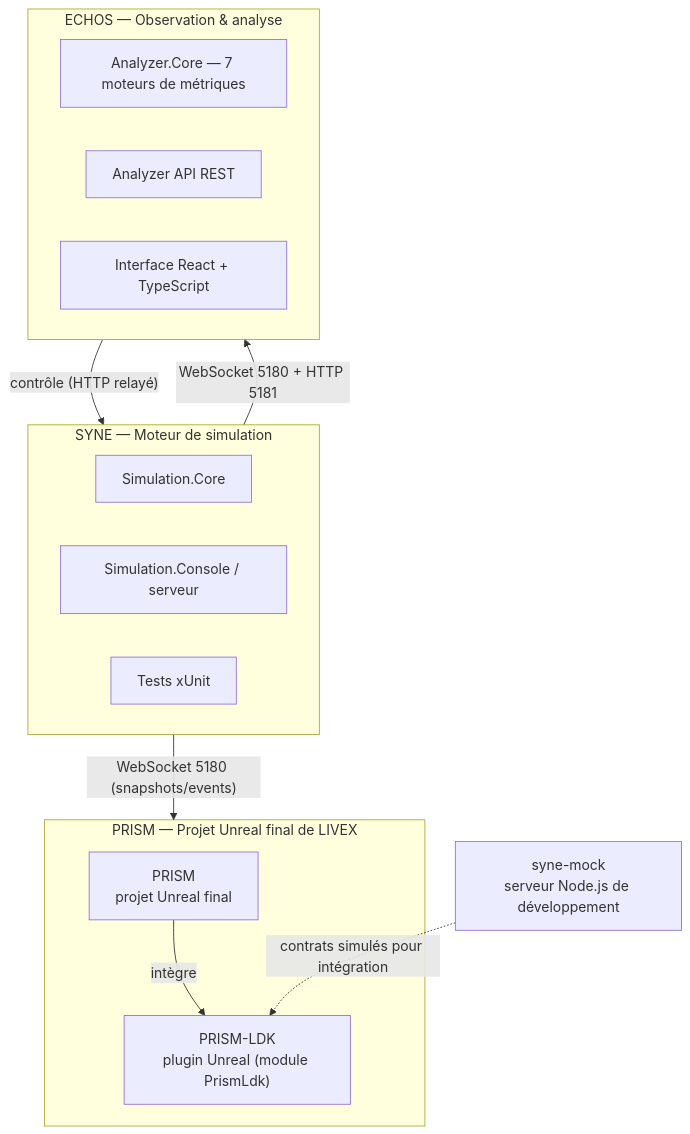
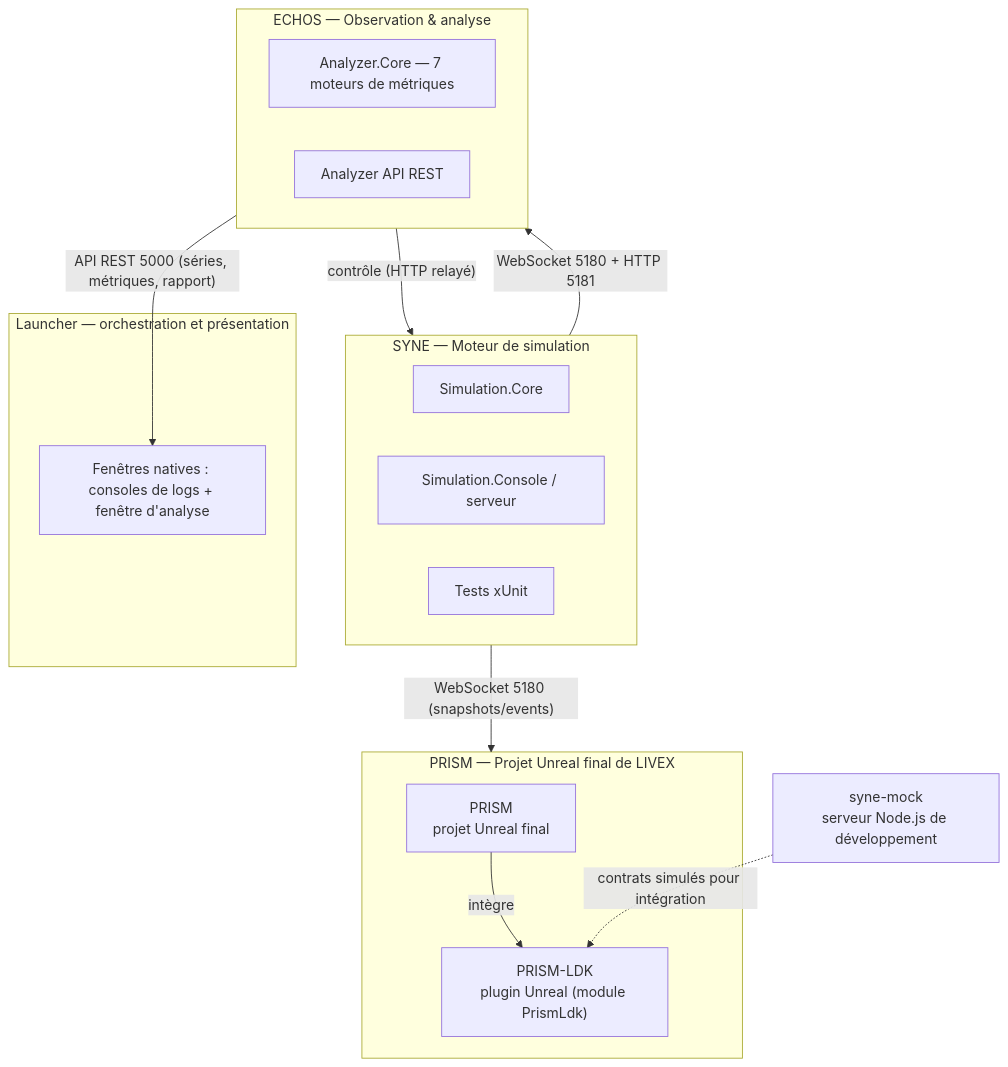
One commit to donovan-dev-web/LIVEX changed the first of 2 diagrams in ARCHITECTURE.md. Above: the diagram before and after it, drawn with Mermaid. The commit also changed other lines of this file and 4 other files, not shown here.

````diff
--- a/ARCHITECTURE.md
+++ b/ARCHITECTURE.md
@@ -15,23 +15,26 @@
 ```mermaid
 flowchart TB
     subgraph SYNE["SYNE — Moteur de simulation"]
         CORE[Simulation.Core]
         CONSOLE[Simulation.Console / serveur]
         TESTS1[Tests xUnit]
     end
     subgraph ECHOS["ECHOS — Observation & analyse"]
         ACORE[Analyzer.Core — 7 moteurs de métriques]
         AAPI[Analyzer API REST]
-        UI[Interface React + TypeScript]
     end
     subgraph PRISM["PRISM — Projet Unreal final de LIVEX"]
         APP["PRISM<br/>projet Unreal final"]
         PLUGIN["PRISM-LDK<br/>plugin Unreal (module PrismLdk)"]
         APP -->|"intègre"| PLUGIN
     end
+    subgraph LAUNCHER["Launcher — orchestration et présentation"]
+        LUI[Fenêtres natives : consoles de logs + fenêtre d'analyse]
+    end
     MOCK["syne-mock<br/>serveur Node.js de développement"]
     SYNE -- "WebSocket 5180 + HTTP 5181" --> ECHOS
     SYNE -- "WebSocket 5180 (snapshots/events)" --> PRISM
     MOCK -. "contrats simulés pour intégration" .-> PLUGIN
     ECHOS -- "contrôle (HTTP relayé)" --> SYNE
+    ECHOS -- "API REST 5000 (séries, métriques, rapport)" --> LUI
 ```
````
